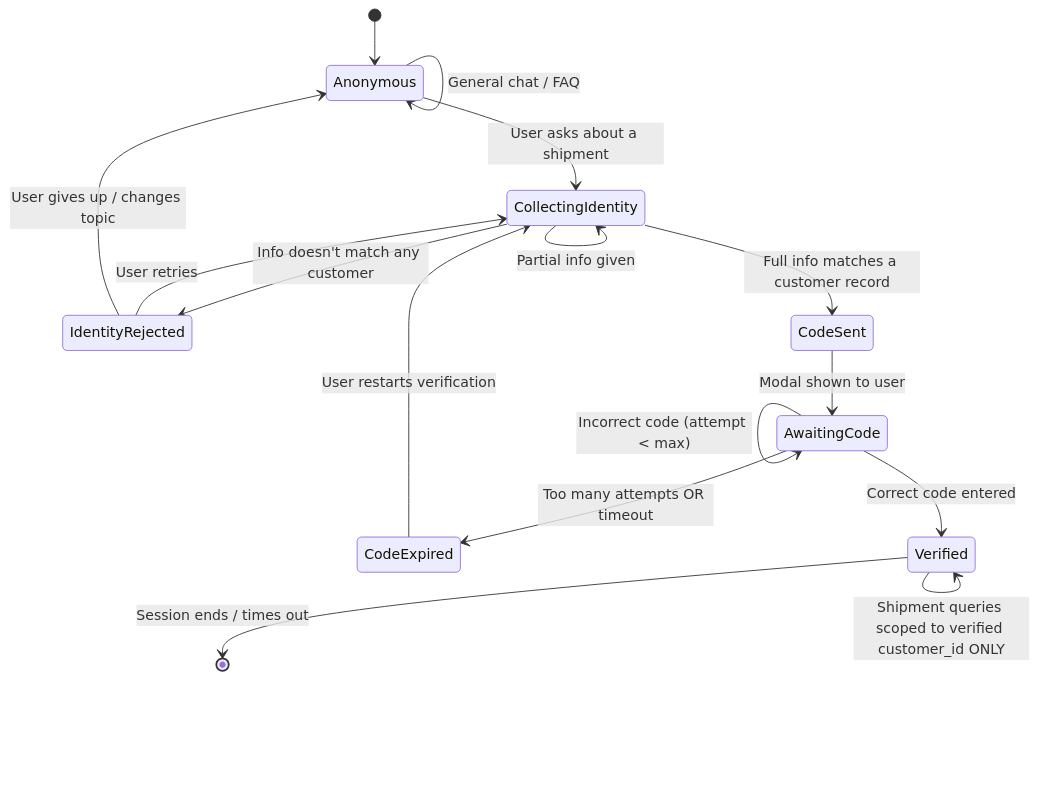
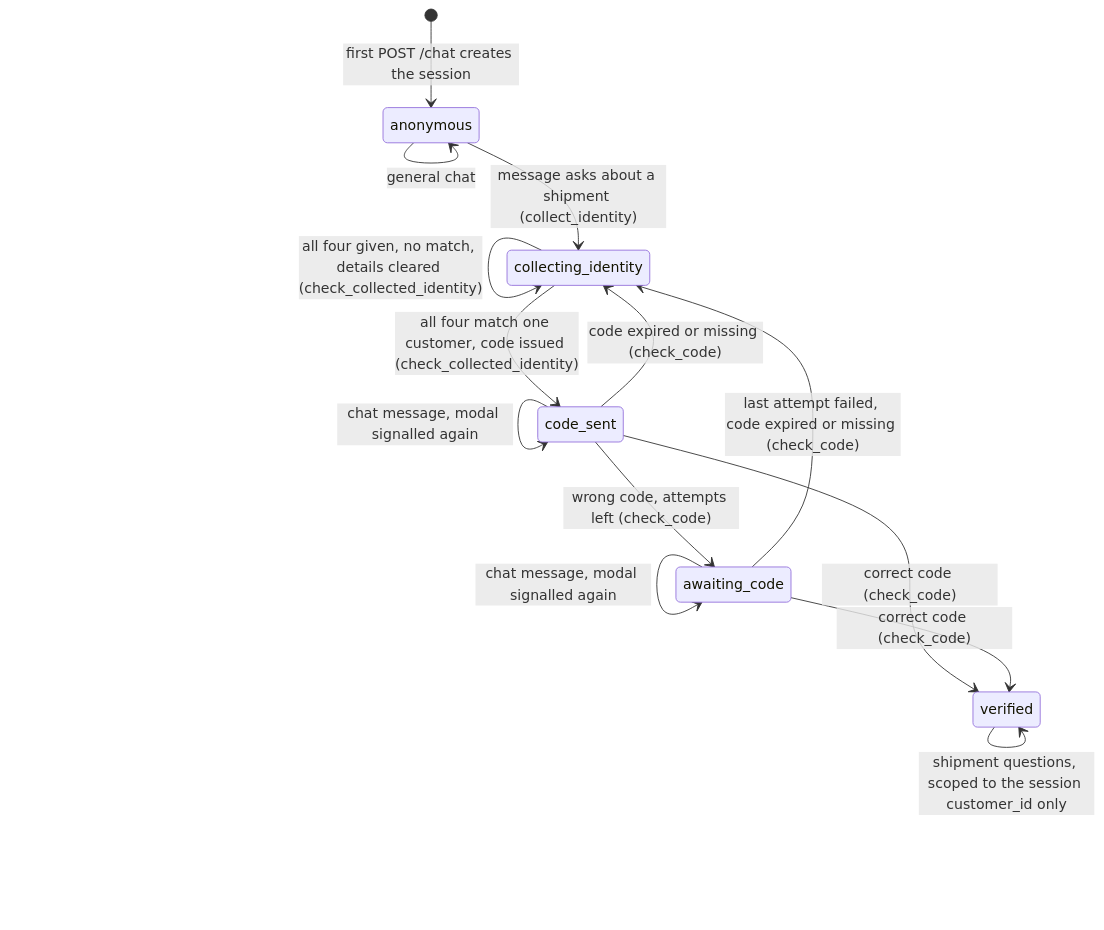
The diagram in docs/diagrams/identity-gating-state-machine.md (andjared/ai-secure-ship), drawn with Mermaid before and after one commit. The commit also changed other lines of this file and 8 other files, not shown here.

Commit message:
regenerate diagrams

````diff
--- a/docs/diagrams/identity-gating-state-machine.md
+++ b/docs/diagrams/identity-gating-state-machine.md
@@ -5,24 +5,29 @@
 ```mermaid
 stateDiagram-v2
-    [*] --> Anonymous
+    state "anonymous" as Anonymous
+    state "collecting_identity" as CollectingIdentity
+    state "code_sent" as CodeSent
+    state "awaiting_code" as AwaitingCode
+    state "verified" as Verified
 
-    Anonymous --> Anonymous: General chat / FAQ
-    Anonymous --> CollectingIdentity: User asks about a shipment
+    [*] --> Anonymous: first POST /chat creates the session
 
-    CollectingIdentity --> CollectingIdentity: Partial info given
-    CollectingIdentity --> IdentityRejected: Info doesn't match any customer
-    CollectingIdentity --> CodeSent: Full info matches a customer record
+    Anonymous --> Anonymous: general chat
+    Anonymous --> CollectingIdentity: message asks about a shipment (collect_identity)
 
-    IdentityRejected --> CollectingIdentity: User retries
-    IdentityRejected --> Anonymous: User gives up / changes topic
+    CollectingIdentity --> CollectingIdentity: some details still missing (collect_identity)
+    CollectingIdentity --> CollectingIdentity: all four given, no match, details cleared (check_collected_identity)
+    CollectingIdentity --> CodeSent: all four match one customer, code issued (check_collected_identity)
 
-    CodeSent --> AwaitingCode: Modal shown to user
-    AwaitingCode --> Verified: Correct code entered
-    AwaitingCode --> AwaitingCode: Incorrect code (attempt < max)
-    AwaitingCode --> CodeExpired: Too many attempts OR timeout
+    CodeSent --> CodeSent: chat message, modal signalled again
+    CodeSent --> Verified: correct code (check_code)
+    CodeSent --> AwaitingCode: wrong code, attempts left (check_code)
+    CodeSent --> CollectingIdentity: code expired or missing (check_code)
 
-    CodeExpired --> CollectingIdentity: User restarts verification
+    AwaitingCode --> AwaitingCode: wrong code, attempts left (check_code)
+    AwaitingCode --> AwaitingCode: chat message, modal signalled again
+    AwaitingCode --> Verified: correct code (check_code)
+    AwaitingCode --> CollectingIdentity: last attempt failed, code expired or missing (check_code)
 
-    Verified --> Verified: Shipment queries scoped to verified customer_id ONLY
-    Verified --> [*]: Session ends / times out
+    Verified --> Verified: shipment questions, scoped to the session customer_id only
 ```
````
